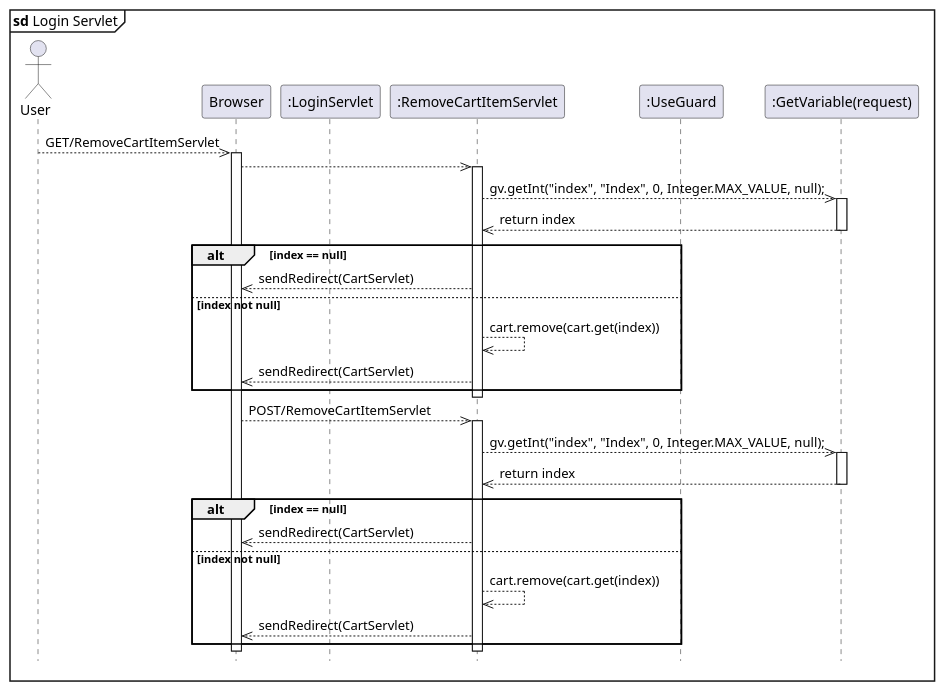
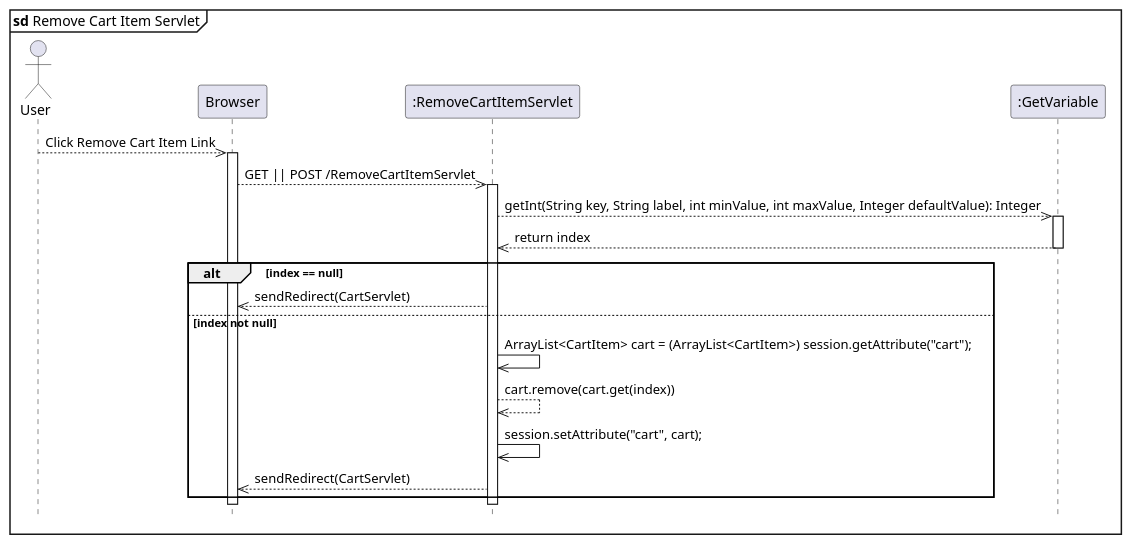
One commit to kainesv86/HKCBooking changed the diagram in diagram/RemoveCartItemServlet.puml. Above: the diagram before and after it, drawn with PlantUML. The commit also changed 2 other files, not shown here.

Commit message:
Fix Remove Cart Item Fix

```diff
--- a/diagram/RemoveCartItemServlet.puml
+++ b/diagram/RemoveCartItemServlet.puml
@@ -1,38 +1,25 @@
 hide footbox
-mainframe <b>sd</b> Login Servlet
+mainframe <b>sd</b> Remove Cart Item Servlet
 actor User
 participant "Browser" as Browser
-participant ":LoginServlet" as LoginServlet
 participant ":RemoveCartItemServlet" as RemoveCartItemServlet 
-participant ":UseGuard" as UseGuard
-participant ":GetVariable(request)" as GetVariable
+participant ":GetVariable" as GetVariable
 
-User -->> Browser: GET/RemoveCartItemServlet
+User -->> Browser: Click Remove Cart Item Link
 activate Browser
-Browser -->> RemoveCartItemServlet:
-activate RemoveCartItemServlet
-    RemoveCartItemServlet -->> GetVariable: gv.getInt("index", "Index", 0, Integer.MAX_VALUE, null);
-    activate GetVariable
-    GetVariable -->> RemoveCartItemServlet: return index
-    deactivate GetVariable
-    alt index == null
-        RemoveCartItemServlet -->> Browser: sendRedirect(CartServlet)
-    else index not null
-        RemoveCartItemServlet-->> RemoveCartItemServlet: cart.remove(cart.get(index))
-        RemoveCartItemServlet -->> Browser: sendRedirect(CartServlet)
-    end
+    Browser -->> RemoveCartItemServlet: GET || POST /RemoveCartItemServlet
+    activate RemoveCartItemServlet
+        RemoveCartItemServlet -->> GetVariable: getInt(String key, String label, int minValue, int maxValue, Integer defaultValue): Integer
+        activate GetVariable
+            GetVariable -->> RemoveCartItemServlet: return index
+        deactivate GetVariable
+        alt index == null
+            RemoveCartItemServlet -->> Browser: sendRedirect(CartServlet)
+        else index not null
+            RemoveCartItemServlet ->> RemoveCartItemServlet: ArrayList<CartItem> cart = (ArrayList<CartItem>) session.getAttribute("cart");   
+            RemoveCartItemServlet-->> RemoveCartItemServlet: cart.remove(cart.get(index))
+            RemoveCartItemServlet ->> RemoveCartItemServlet: session.setAttribute("cart", cart);   
+            RemoveCartItemServlet -->> Browser: sendRedirect(CartServlet)
+        end
     deactivate RemoveCartItemServlet
-Browser -->> RemoveCartItemServlet: POST/RemoveCartItemServlet
-    activate RemoveCartItemServlet
-    RemoveCartItemServlet -->> GetVariable: gv.getInt("index", "Index", 0, Integer.MAX_VALUE, null);
-    activate GetVariable
-    GetVariable -->> RemoveCartItemServlet: return index
-    deactivate GetVariable
-    alt index == null
-        RemoveCartItemServlet -->> Browser: sendRedirect(CartServlet)
-    else index not null
-        RemoveCartItemServlet-->> RemoveCartItemServlet: cart.remove(cart.get(index))
-        RemoveCartItemServlet -->> Browser: sendRedirect(CartServlet)
-    end
-    deactivate RemoveCartItemServlet
-    deactivate Browser
+deactivate Browser
```
